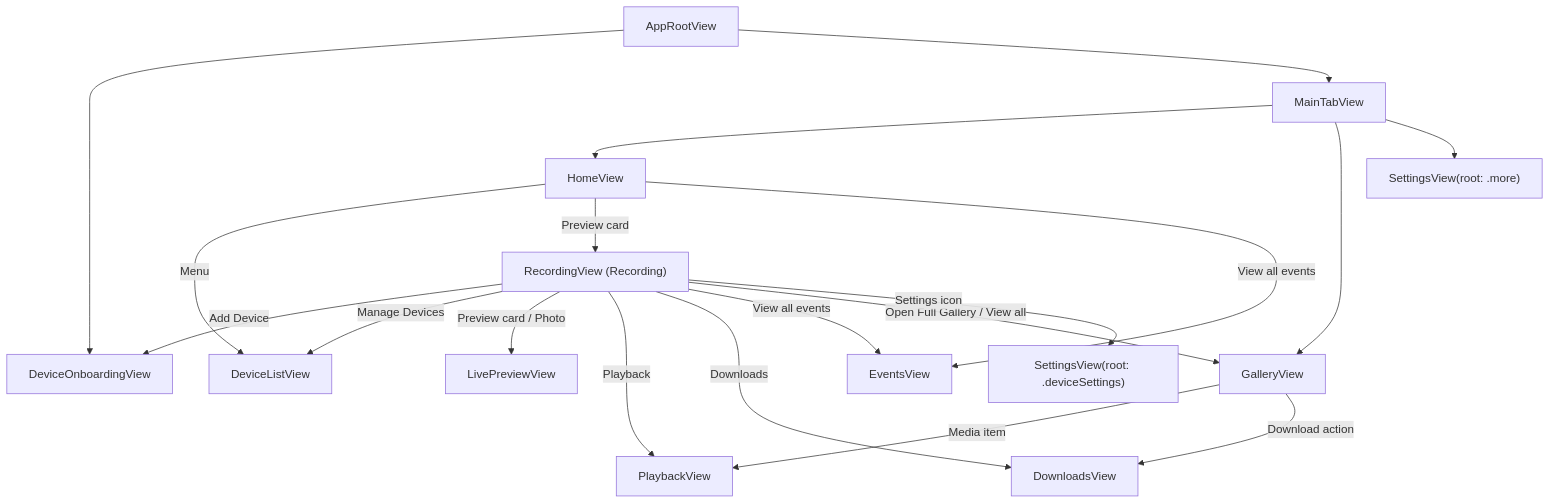
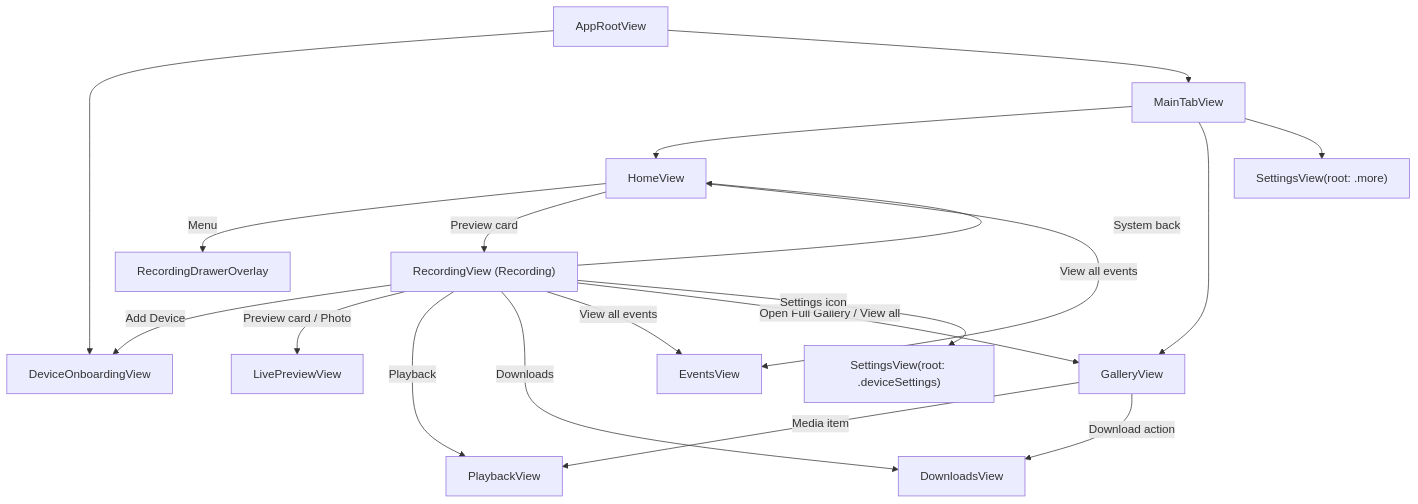
The diagram in docs/specs/ui-flow/README.md (LitDragon/Cam360), drawn with Mermaid before and after one commit. The commit also changed other lines of this file and 7 other files, not shown here.

````diff
--- a/docs/specs/ui-flow/README.md
+++ b/docs/specs/ui-flow/README.md
@@ -24,22 +24,22 @@
 ```mermaid
 flowchart TD
     Root["AppRootView"]
     Root --> Onboarding["DeviceOnboardingView"]
     Root --> Main["MainTabView"]
     Main --> Home["HomeView"]
     Main --> Gallery["GalleryView"]
     Main --> Settings["SettingsView(root: .more)"]
-    Home -->|Menu| DeviceList["DeviceListView"]
+    Home -->|Menu| Drawer["RecordingDrawerOverlay"]
     Home -->|Preview card| Recording["RecordingView (Recording)"]
     Home -->|View all events| Events["EventsView"]
     Recording -->|Add Device| Onboarding
-    Recording -->|Manage Devices| DeviceList
+    Recording -->|System back| Home
     Recording -->|Preview card / Photo| LivePreview["LivePreviewView"]
     Recording -->|Playback| Playback["PlaybackView"]
     Recording -->|Downloads| Downloads["DownloadsView"]
     Recording -->|View all events| Events["EventsView"]
     Recording -->|Open Full Gallery / View all| Gallery
     Recording -->|Settings icon| DeviceSettings["SettingsView(root: .deviceSettings)"]
     Gallery -->|Media item| Playback
     Gallery -->|Download action| Downloads
 ```
````
